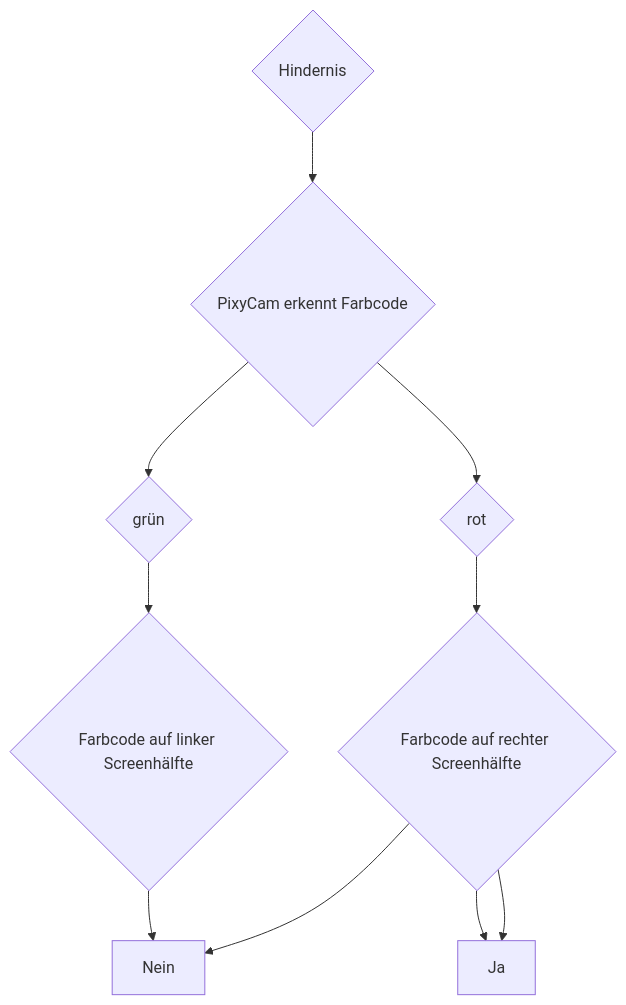
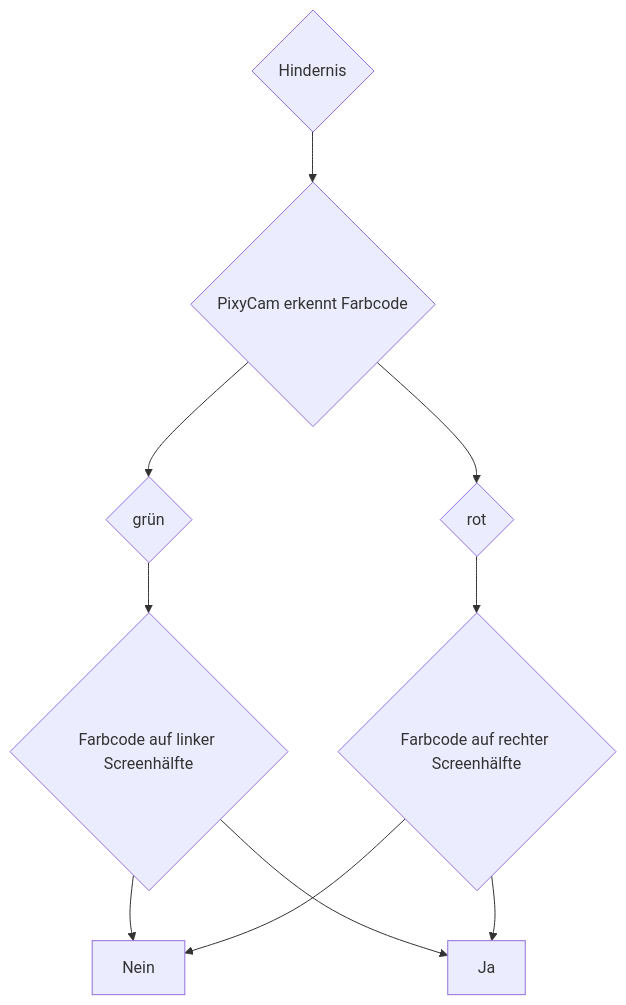
Before and after one commit to SchroedingersBit/PfortGTPanama: the diagram in Programme/Hindernisrennen/README.md, drawn with Mermaid.

````diff
--- a/Programme/Hindernisrennen/README.md
+++ b/Programme/Hindernisrennen/README.md
@@ -4,8 +4,8 @@
 ```mermaid
 graph TB;
 A{Hindernis} -->B{PixyCam erkennt Farbcode};
 B-->E{grün}-->C1{Farbcode auf linker Screenhälfte};
 B-->C{rot}-->C2{Farbcode auf rechter Screenhälfte};
-C1 --> Nein;C2-->Ja
+C1 --> Nein;C1-->Ja
 C2 --> Nein; C2-->Ja 
 ```
````
